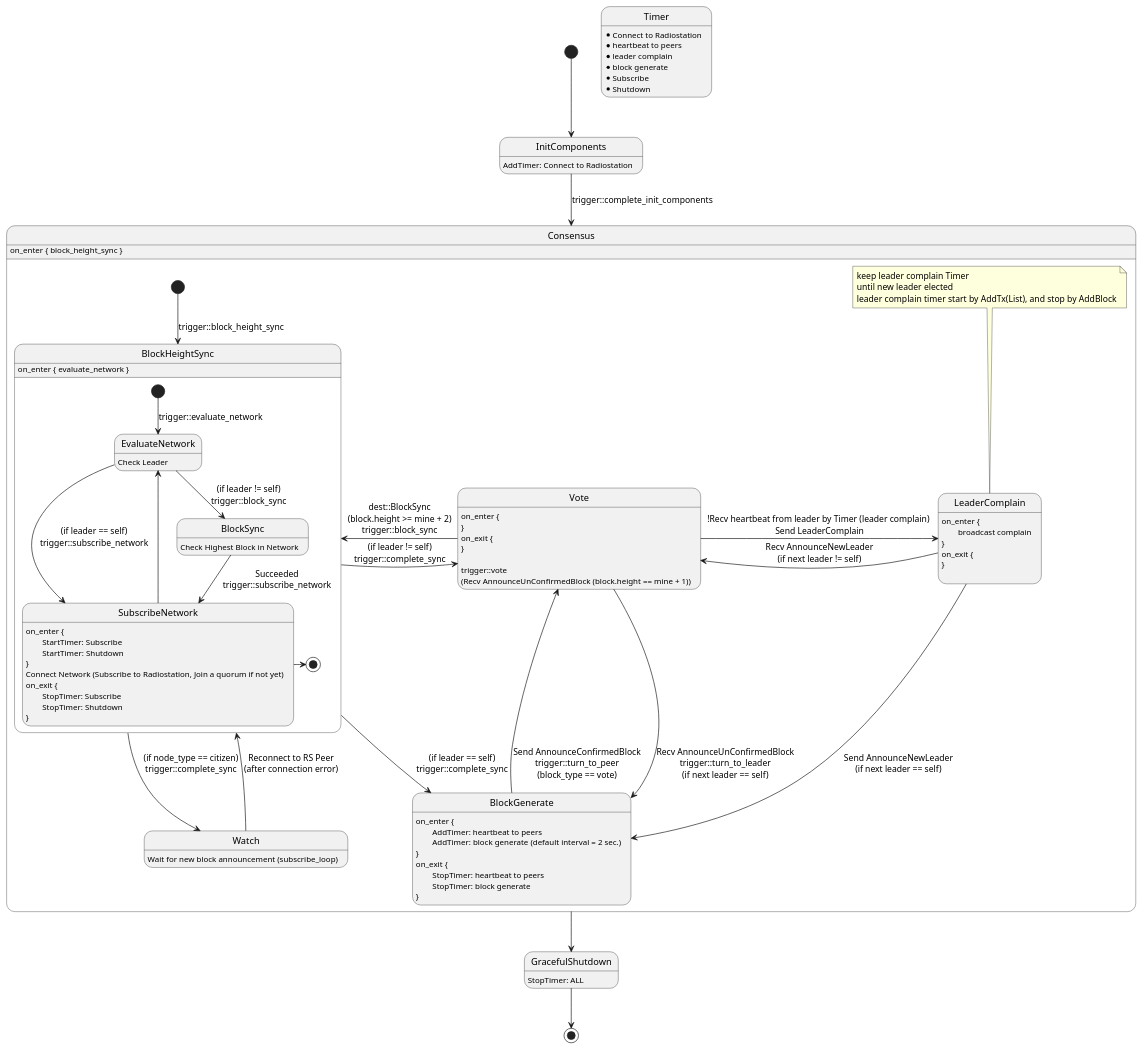
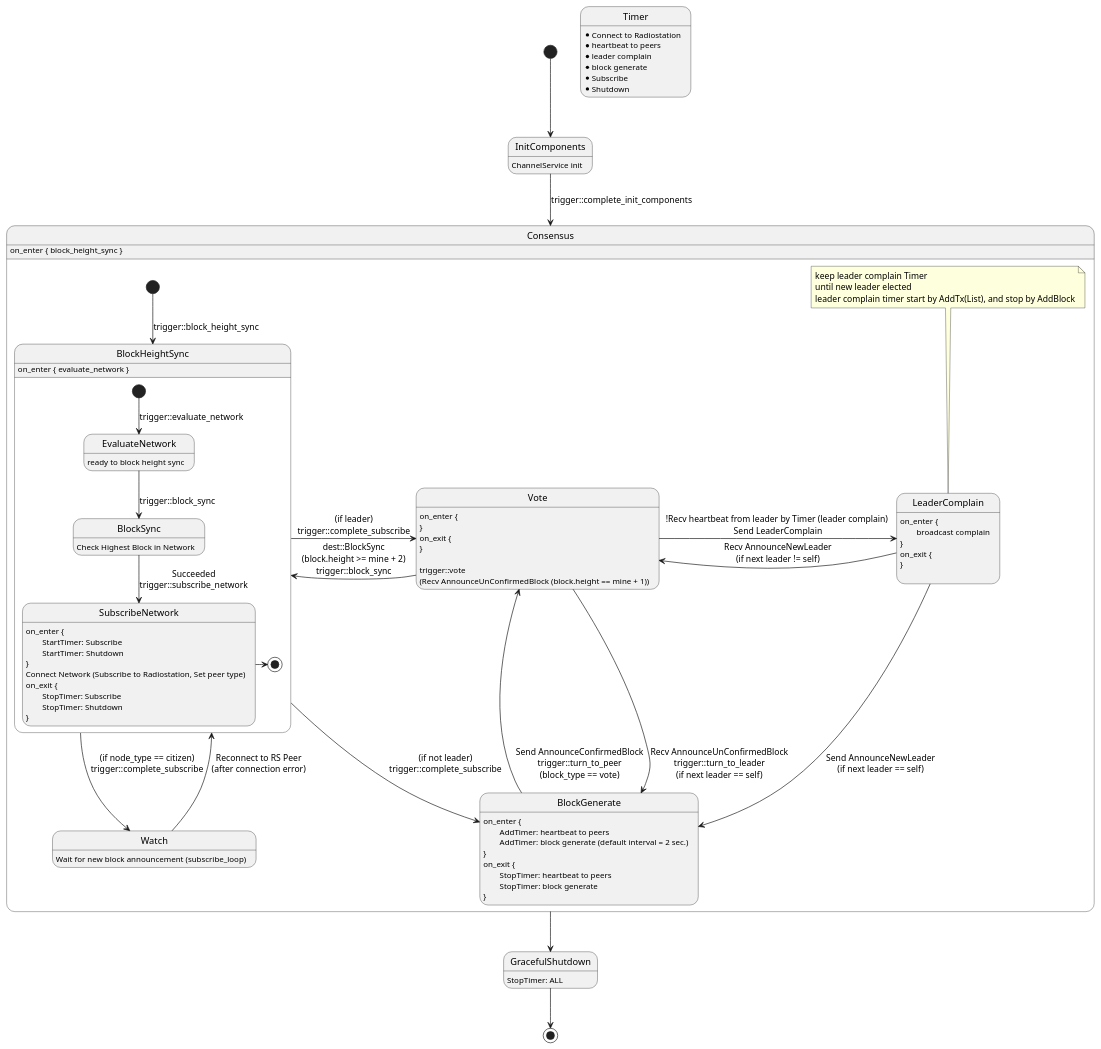
Before and after one commit to icon-project/loopchain: the diagram in docs/8. diagram/state_machine_in_siever.wsd, drawn with PlantUML.

Commit message:
[LC-236] update state_machine diagram

```diff
--- a/docs/8. diagram/state_machine_in_siever.wsd
+++ b/docs/8. diagram/state_machine_in_siever.wsd
@@ -1,90 +1,88 @@
 @startuml State Machine in Siever
 
 [*] --> InitComponents
-InitComponents: AddTimer: Connect to Radiostation
+InitComponents: ChannelService init
 
 InitComponents --> Consensus : trigger::complete_init_components
 
 state Timer
 Timer: * Connect to Radiostation
 Timer: * heartbeat to peers
 Timer: * leader complain
 Timer: * block generate
 Timer: * Subscribe
 Timer: * Shutdown
 
 state Consensus {
     Consensus: on_enter { block_height_sync }
     [*] --> BlockHeightSync : trigger::block_height_sync
 
     state BlockHeightSync {
         [*] --> EvaluateNetwork : trigger::evaluate_network
 
-        EvaluateNetwork: Check Leader
-        EvaluateNetwork --> BlockSync : (if leader != self)\ntrigger::block_sync
-        EvaluateNetwork --> SubscribeNetwork : (if leader == self)\ntrigger::subscribe_network
-
+        EvaluateNetwork: ready to block height sync
+        EvaluateNetwork --> BlockSync : \ntrigger::block_sync
+        
         BlockSync: Check Highest Block in Network
         BlockSync --> SubscribeNetwork : Succeeded\ntrigger::subscribe_network
 
         SubscribeNetwork: on_enter {
         SubscribeNetwork: \tStartTimer: Subscribe
         SubscribeNetwork: \tStartTimer: Shutdown
         SubscribeNetwork:}
-        SubscribeNetwork: Connect Network (Subscribe to Radiostation, Join a quorum if not yet)
+        SubscribeNetwork: Connect Network (Subscribe to Radiostation, Set peer type)
         SubscribeNetwork: on_exit {
         SubscribeNetwork: \tStopTimer: Subscribe
         SubscribeNetwork: \tStopTimer: Shutdown
         SubscribeNetwork:}
-        SubscribeNetwork -up-> EvaluateNetwork
         SubscribeNetwork -right-> [*]
     }
     BlockHeightSync: on_enter { evaluate_network }
-    BlockHeightSync -> Watch: (if node_type == citizen)\ntrigger::complete_sync
-    BlockHeightSync -> Vote: (if leader != self)\ntrigger::complete_sync
-    BlockHeightSync --> BlockGenerate: (if leader == self)\ntrigger::complete_sync
+    BlockHeightSync --> BlockGenerate: (if not leader)\ntrigger::complete_subscribe
+    BlockHeightSync -> Vote: (if leader)\ntrigger::complete_subscribe
+    BlockHeightSync -> Watch: (if node_type == citizen)\ntrigger::complete_subscribe
     
     Watch: Wait for new block announcement (subscribe_loop)
     Watch --> BlockHeightSync: Reconnect to RS Peer\n(after connection error)
     Vote: on_enter {
     Vote: }
     Vote: on_exit {
     Vote: }
     Vote: 
     Vote: trigger::vote\n(Recv AnnounceUnConfirmedBlock (block.height == mine + 1))
     Vote -left-> BlockHeightSync : dest::BlockSync\n(block.height >= mine + 2)\ntrigger::block_sync
     Vote -> BlockGenerate : Recv AnnounceUnConfirmedBlock\ntrigger::turn_to_leader\n(if next leader == self)
     Vote -> LeaderComplain : !Recv heartbeat from leader by Timer (leader complain) \nSend LeaderComplain
 
     BlockGenerate: on_enter {
     BlockGenerate: \tAddTimer: heartbeat to peers
     BlockGenerate: \tAddTimer: block generate (default interval = 2 sec.)
     BlockGenerate: }
     BlockGenerate: on_exit {
     BlockGenerate: \tStopTimer: heartbeat to peers
     BlockGenerate: \tStopTimer: block generate
     BlockGenerate: }
     BlockGenerate -> Vote : Send AnnounceConfirmedBlock\ntrigger::turn_to_peer\n(block_type == vote)
 
     state LeaderComplain
     note top of LeaderComplain
       keep leader complain Timer
       until new leader elected
       leader complain timer start by AddTx(List), and stop by AddBlock
     end note
     LeaderComplain -> Vote : Recv AnnounceNewLeader\n(if next leader != self)
     LeaderComplain --> BlockGenerate : Send AnnounceNewLeader\n(if next leader == self)
     LeaderComplain: on_enter {
     LeaderComplain: \tbroadcast complain
     LeaderComplain: }
     LeaderComplain: on_exit {
     LeaderComplain: }
     LeaderComplain: 
 }
 
 Consensus --> GracefulShutdown
 
 GracefulShutdown: StopTimer: ALL
 GracefulShutdown --> [*]
 
 @enduml
```
